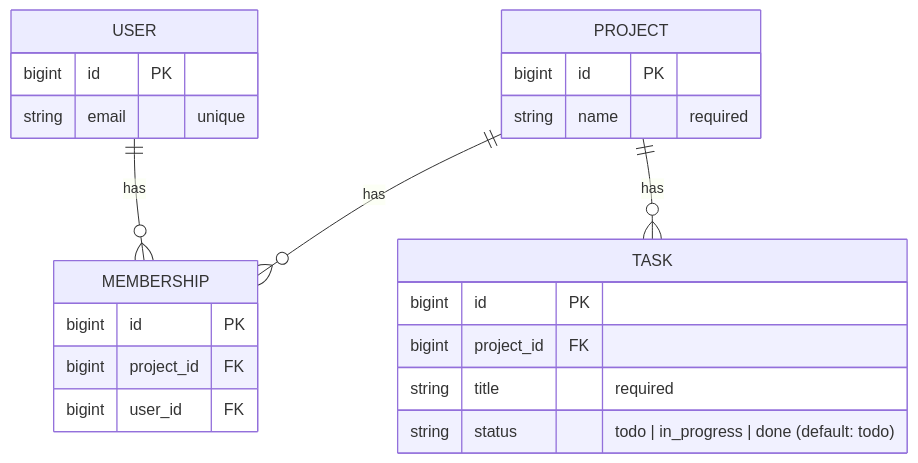
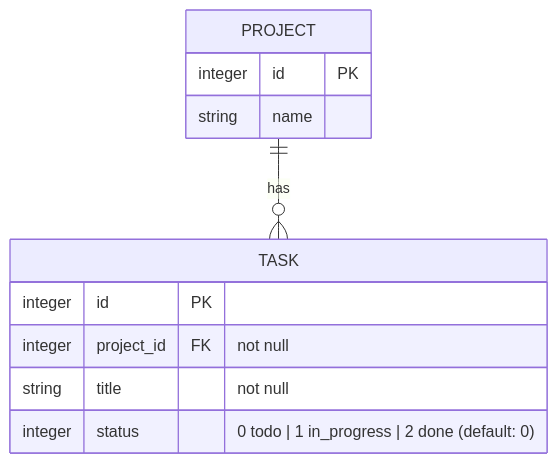
Before and after one commit to paradon-sg/BC-Bootcamp: the diagram in README.md, drawn with Mermaid. The commit also changed other lines of this file, not shown here.

Commit message:
Update README.md to clarify project structure and enhance task management instructions for Hotwire Bootcamp

````diff
--- a/README.md
+++ b/README.md
@@ -969,26 +957,15 @@
 ```mermaid
 erDiagram
-  USER ||--o{ MEMBERSHIP : has
-  PROJECT ||--o{ MEMBERSHIP : has
   PROJECT ||--o{ TASK : has
 
-  USER {
-    bigint id PK
-    string email "unique"
-  }
-  MEMBERSHIP {
-    bigint id PK
-    bigint project_id FK
-    bigint user_id FK
-  }
   PROJECT {
-    bigint id PK
-    string name "required"
+    integer id PK
+    string name
   }
   TASK {
-    bigint id PK
-    bigint project_id FK
-    string title "required"
-    string status "todo | in_progress | done (default: todo)"
+    integer id PK
+    integer project_id FK "not null"
+    string title "not null"
+    integer status "0 todo | 1 in_progress | 2 done (default: 0)"
   }
 ```
````
